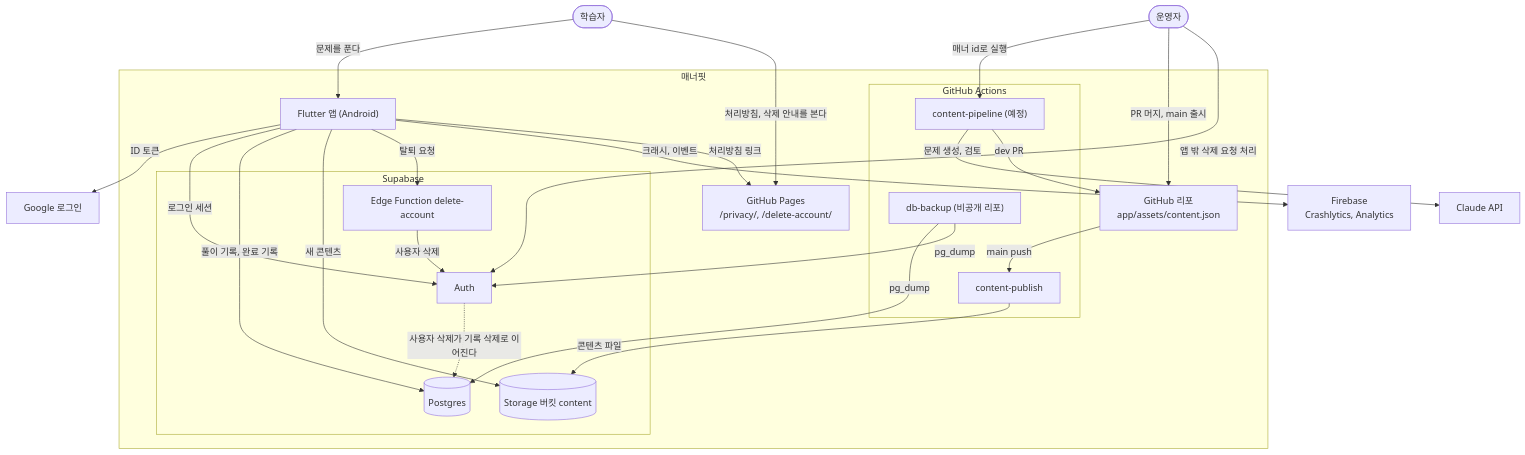
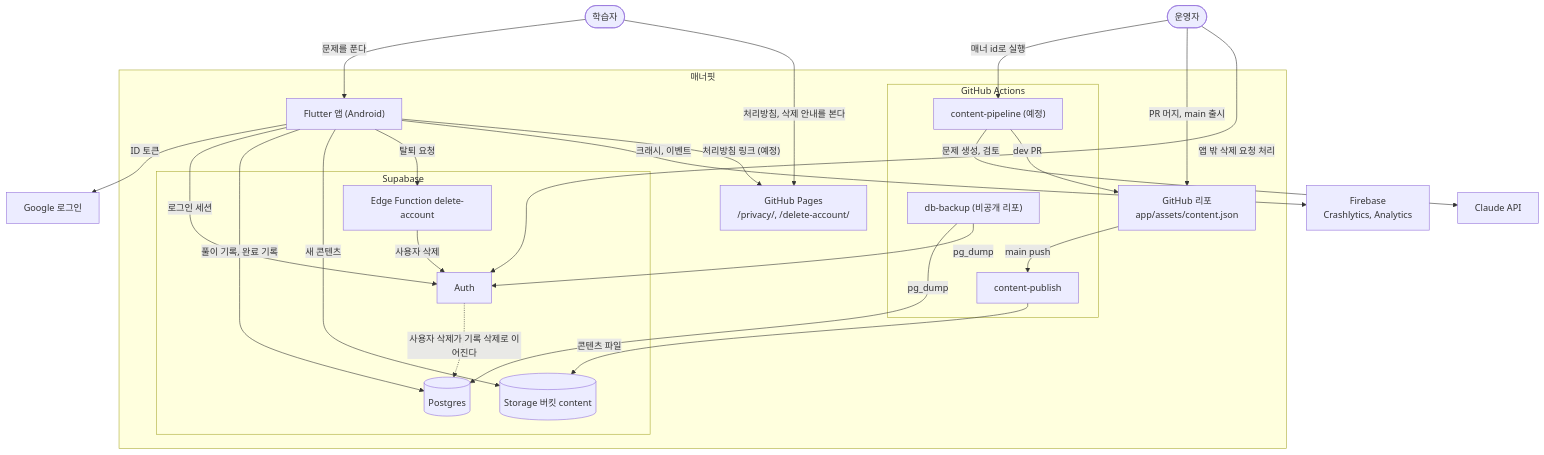
Before and after one commit to hootbee/manner-app: the diagram in docs/architecture.md, drawn with Mermaid.

Commit message:
docs: 아직 없는 처리방침 링크를 예정으로 표시

````diff
--- a/docs/architecture.md
+++ b/docs/architecture.md
@@ -7,54 +7,54 @@
 ```mermaid
 flowchart TB
   learner(["학습자"])
   operator(["운영자"])
 
   subgraph mannerfit["매너핏"]
     app["Flutter 앱 (Android)"]
 
     subgraph supabase["Supabase"]
       auth["Auth"]
       db[("Postgres")]
       storage[("Storage 버킷 content")]
       del["Edge Function delete-account"]
     end
 
     repo["GitHub 리포<br/>app/assets/content.json"]
 
     subgraph actions["GitHub Actions"]
       pipeline["content-pipeline (예정)"]
       publish["content-publish"]
       backup["db-backup (비공개 리포)"]
     end
 
     pages["GitHub Pages<br/>/privacy/, /delete-account/"]
   end
 
   google["Google 로그인"]
   firebase["Firebase<br/>Crashlytics, Analytics"]
   claude["Claude API"]
 
   learner -->|"문제를 푼다"| app
   learner -->|"처리방침, 삭제 안내를 본다"| pages
 
   app -->|"ID 토큰"| google
   app -->|"로그인 세션"| auth
   app -->|"풀이 기록, 완료 기록"| db
   app -->|"새 콘텐츠"| storage
   app -->|"탈퇴 요청"| del
   app -->|"크래시, 이벤트"| firebase
-  app -->|"처리방침 링크"| pages
+  app -->|"처리방침 링크 (예정)"| pages
 
   del -->|"사용자 삭제"| auth
   auth -.->|"사용자 삭제가 기록 삭제로 이어진다"| db
 
   operator -->|"매너 id로 실행"| pipeline
   pipeline -->|"문제 생성, 검토"| claude
   pipeline -->|"dev PR"| repo
   operator -->|"PR 머지, main 출시"| repo
   repo -->|"main push"| publish
   publish -->|"콘텐츠 파일"| storage
   backup -->|"pg_dump"| db
   backup -->|"pg_dump"| auth
   operator -->|"앱 밖 삭제 요청 처리"| auth
 ```
````
